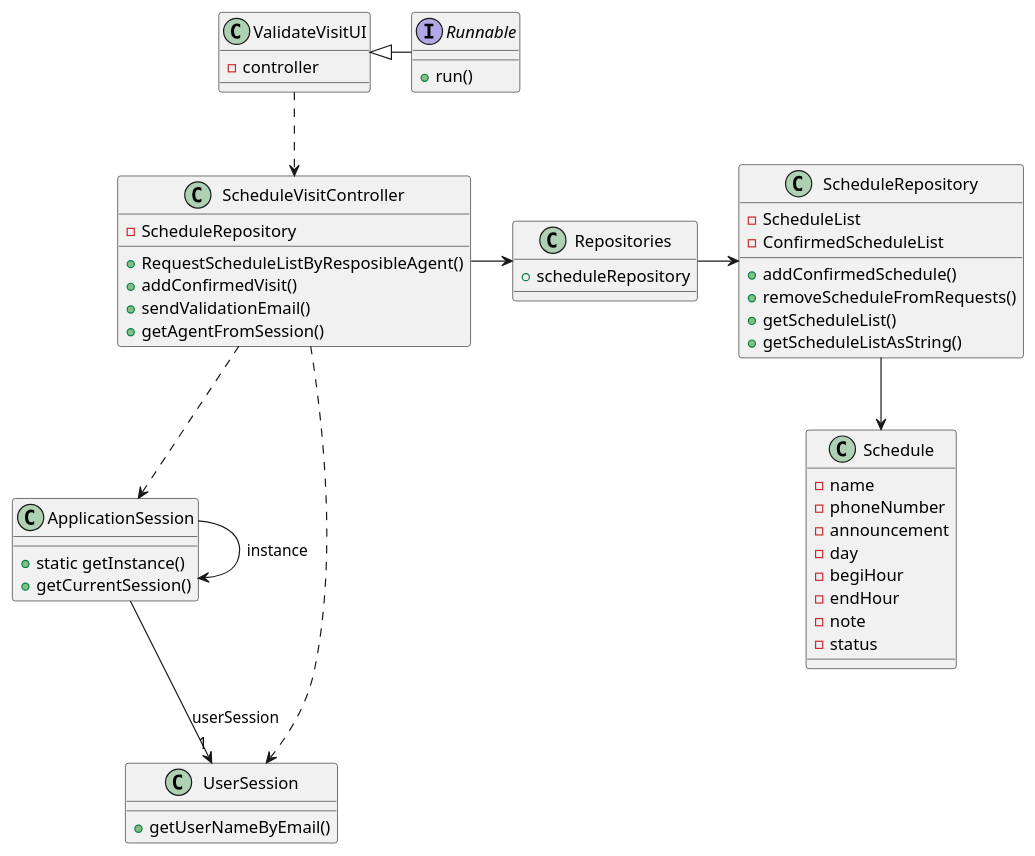
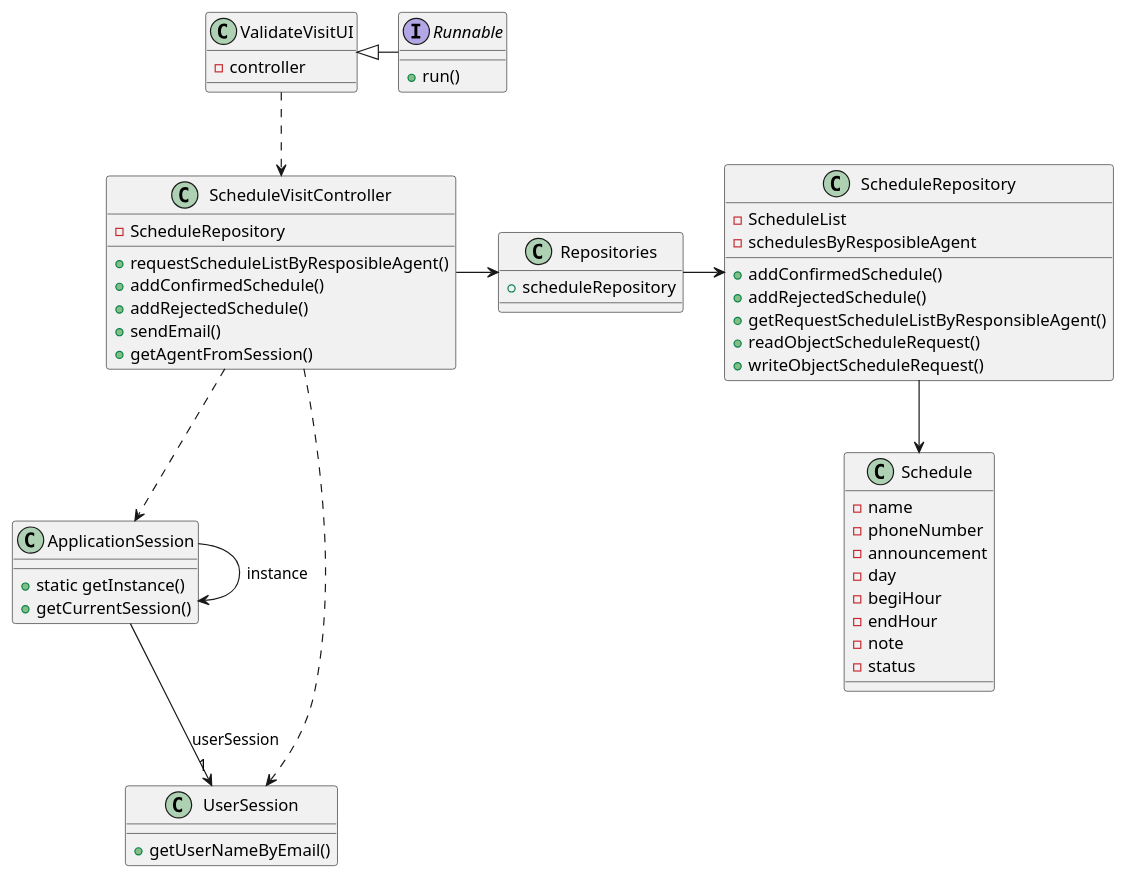
One commit to tiagohcorreia/LAPR2 changed the diagram in docs/sprintD/US016/03.design/puml/CD.puml. Above: the diagram before and after it, drawn with PlantUML.

Commit message:
US016- cd update

```diff
--- a/docs/sprintD/US016/03.design/puml/CD.puml
+++ b/docs/sprintD/US016/03.design/puml/CD.puml
@@ -1,68 +1,71 @@
 @startuml
 
 interface Runnable {
     + run()
 }
 
 class ValidateVisitUI {
     - controller
 }
 
 class ScheduleVisitController {
     - ScheduleRepository
 
-    + RequestScheduleListByResposibleAgent()
-    + addConfirmedVisit()
-    + sendValidationEmail()
+    + requestScheduleListByResposibleAgent()
+    + addConfirmedSchedule()
+    + addRejectedSchedule()
+    + sendEmail()
     + getAgentFromSession()
 }
 
 class ApplicationSession
 {
     + static getInstance()
     + getCurrentSession()
 }
 
 class UserSession
 {
     + getUserNameByEmail()
 }
 class Schedule {
 
     - name
     - phoneNumber
     - announcement
     - day
     - begiHour
     - endHour
     - note
     - status
 }
 class Repositories {
 
     + scheduleRepository
 }
 class ScheduleRepository {
 
     - ScheduleList
-    - ConfirmedScheduleList
+    - schedulesByResposibleAgent
     + addConfirmedSchedule()
-    + removeScheduleFromRequests()
-    + getScheduleList()
-    + getScheduleListAsString()
+    + addRejectedSchedule()
+    + getRequestScheduleListByResponsibleAgent()
+    + readObjectScheduleRequest()
+    + writeObjectScheduleRequest()
+
 }
 
 
 Runnable -left-|> ValidateVisitUI
 ApplicationSession -> ApplicationSession : instance
 ApplicationSession --> "1" UserSession : userSession
 ScheduleVisitController ..> ApplicationSession
 ScheduleVisitController ..> UserSession
 
 ValidateVisitUI ..> ScheduleVisitController
 ScheduleVisitController -> Repositories
 Repositories -> ScheduleRepository
 
 ScheduleRepository --> Schedule
 
 @enduml
```
